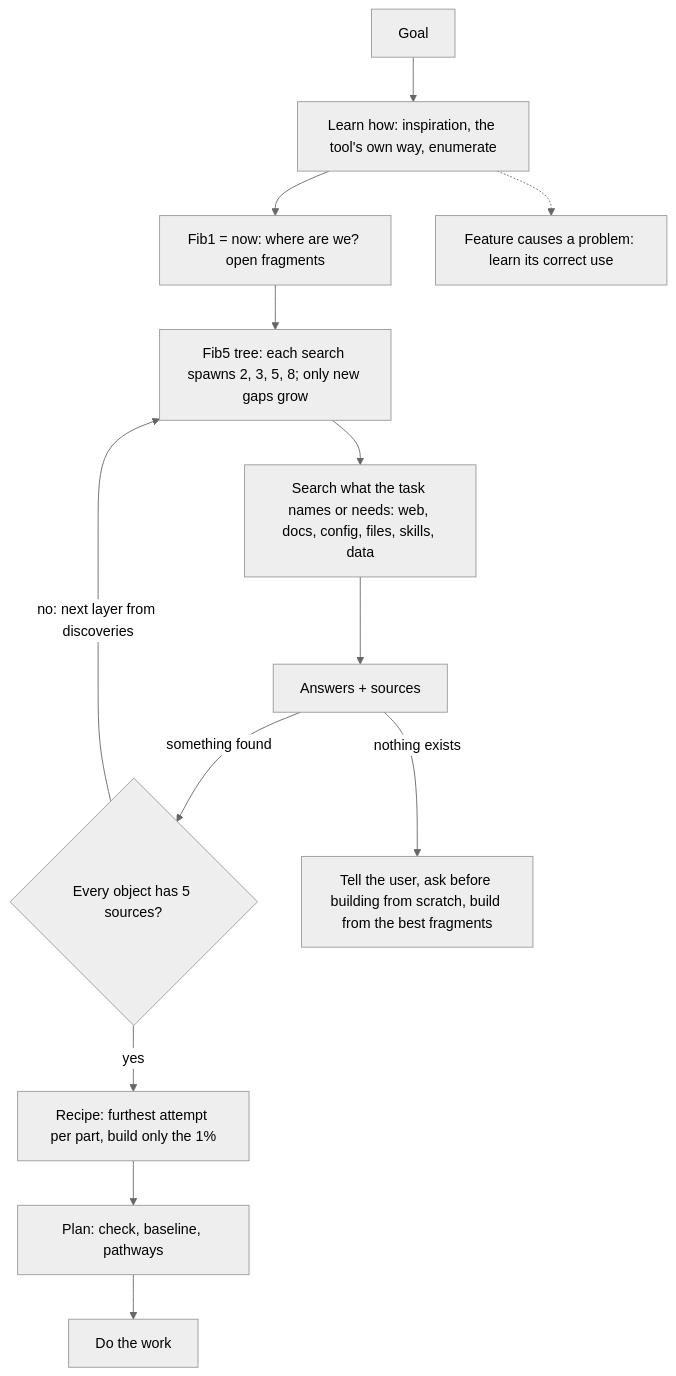
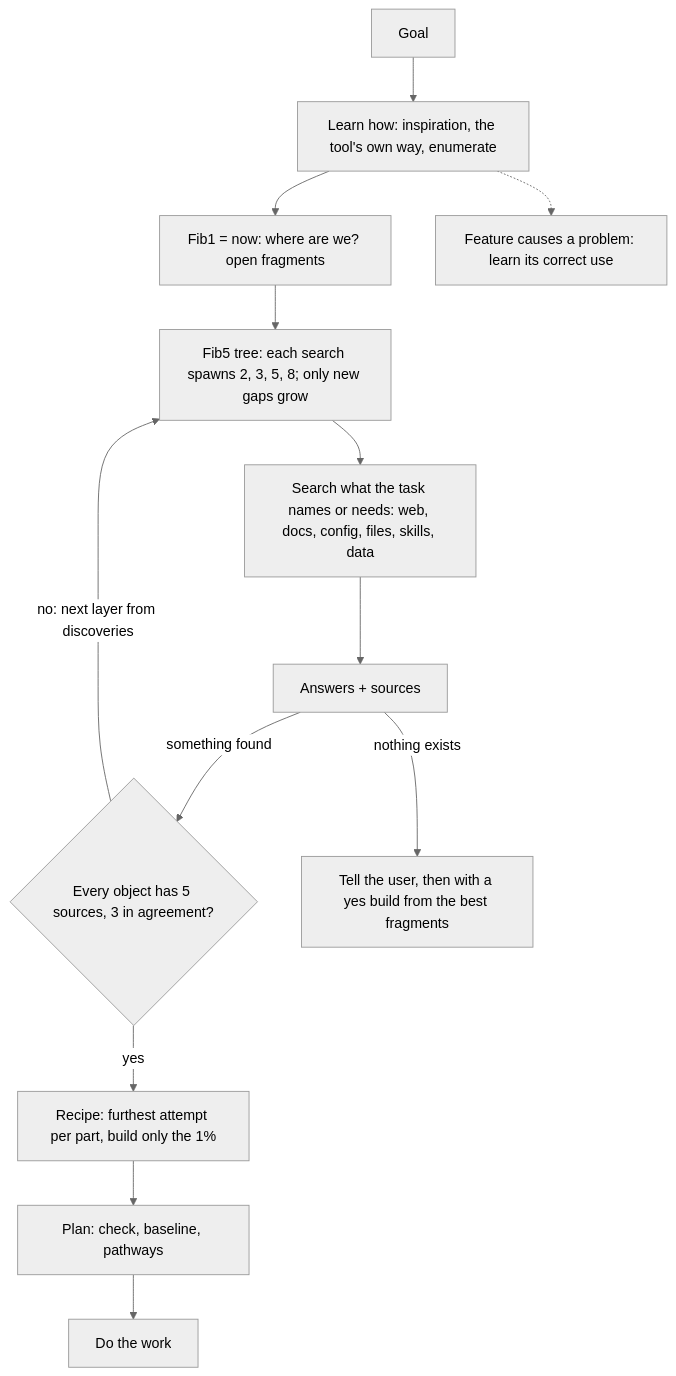
One commit to SolenixAI/arbiter changed the fourth of 14 diagrams in AGENTS.md. Above: the diagram before and after it, drawn with Mermaid (neutral theme). The commit also changed other lines of this file, not shown here.

First line of the commit message:
fix(agents): resolve eight contradictions; section 2 is Optimal user experience

````diff
--- a/AGENTS.md
+++ b/AGENTS.md
@@ -154,9 +154,9 @@
 ```mermaid
 flowchart TD
   G[Goal] --> L[Learn how: inspiration, the tool's own way, enumerate] --> F1["Fib1 = now: where are we? open fragments"] --> Q["Fib5 tree: each search spawns 2, 3, 5, 8; only new gaps grow"] --> S[Search what the task names or needs: web, docs, config, files, skills, data]
-  S --> A[Answers + sources] -->|something found| N{Every object has 5 sources?}
+  S --> A[Answers + sources] -->|something found| N{Every object has 5 sources, 3 in agreement?}
   N -->|no: next layer from discoveries| Q
   N -->|yes| R[Recipe: furthest attempt per part, build only the 1%] --> P[Plan: check, baseline, pathways] --> B[Do the work]
-  A -->|nothing exists| U[Tell the user, ask before building from scratch, build from the best fragments]
+  A -->|nothing exists| U[Tell the user, then with a yes build from the best fragments]
   L -.-> NB[Feature causes a problem: learn its correct use]
 ```
````
